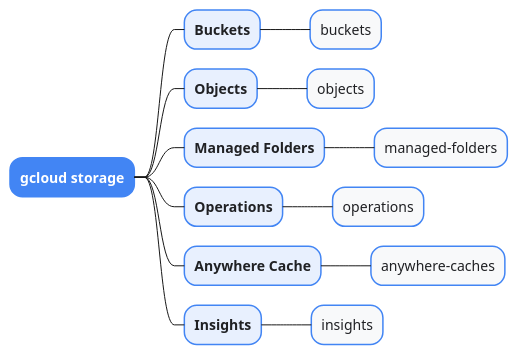
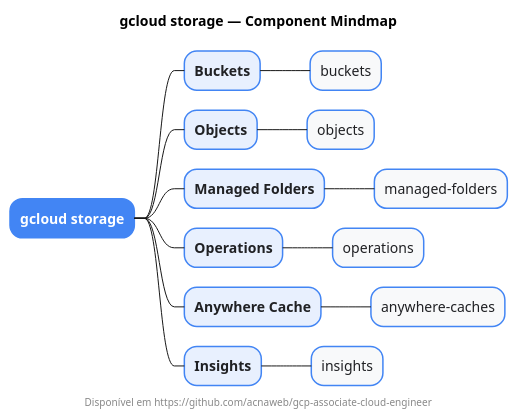
One commit to acnaweb/gcp-associate-cloud-engineer changed the diagram in gcloud/01-core/storage/storage.puml. Above: the diagram before and after it, drawn with PlantUML. The commit also changed 3 other files, not shown here.

Commit message:
feat: add mindmap

```diff
--- a/gcloud/01-core/storage/storage.puml
+++ b/gcloud/01-core/storage/storage.puml
@@ -1,48 +1,51 @@
 @startmindmap
+
+title gcloud storage — Component Mindmap
+footer Disponível em  https://github.com/acnaweb/gcp-associate-cloud-engineer
 
 <style>
 mindmapDiagram {
   node {
     BackgroundColor white
     LineColor #4285F4
     FontColor #202124
   }
 
   rootNode {
     BackgroundColor #4285F4
     FontColor white
     FontStyle bold
   }
 
   :depth(1) {
     BackgroundColor #E8F0FE
     FontStyle bold
   }
 
   :depth(2) {
     BackgroundColor #F8F9FA
   }
 }
 </style>
 
 * gcloud storage
 
 ** Buckets
 *** buckets
 
 ** Objects
 *** objects
 
 ** Managed Folders
 *** managed-folders
 
 ** Operations
 *** operations
 
 ** Anywhere Cache
 *** anywhere-caches
 
 ** Insights
 *** insights
 
 @endmindmap
```
